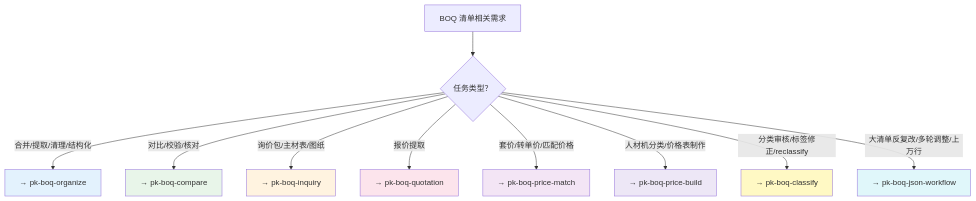
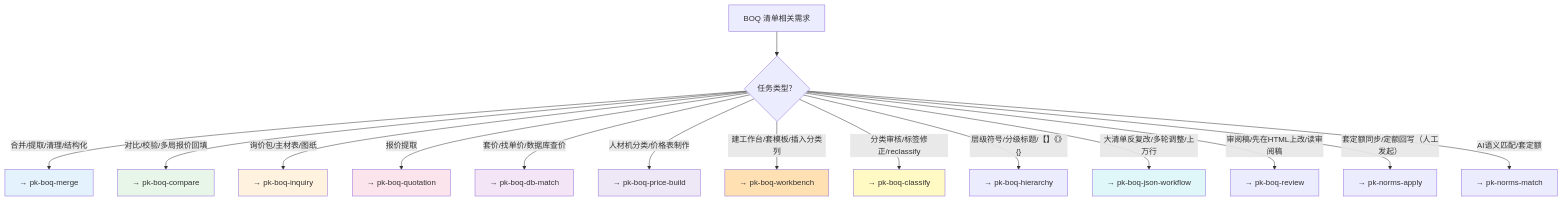
The diagram in claude/skills/pk-boq/SKILL.md (pengkang135/CCBOQ), drawn with Mermaid before and after one commit. The commit also changed other lines of this file and 326 other files, not shown here.

````diff
--- a/claude/skills/pk-boq/SKILL.md
+++ b/claude/skills/pk-boq/SKILL.md
@@ -27,22 +33,28 @@
 ```mermaid
 flowchart TD
     START["BOQ 清单相关需求"] --> Q1{"任务类型？"}
 
-    Q1 -->|"合并/提取/清理/结构化"| ORGANIZE["→ pk-boq-organize"]
-    Q1 -->|"对比/校验/核对"| COMPARE["→ pk-boq-compare"]
+    Q1 -->|"合并/提取/清理/结构化"| MERGE["→ pk-boq-merge"]
+    Q1 -->|"对比/校验/多局报价回填"| COMPARE["→ pk-boq-compare"]
     Q1 -->|"询价包/主材表/图纸"| INQUIRY["→ pk-boq-inquiry"]
     Q1 -->|"报价提取"| QUOTATION["→ pk-boq-quotation"]
-    Q1 -->|"套价/转单价/匹配价格"| PRICE_MATCH["→ pk-boq-price-match"]
+    Q1 -->|"套价/找单价/数据库查价"| DB_MATCH["→ pk-boq-db-match"]
     Q1 -->|"人材机分类/价格表制作"| PRICE_BUILD["→ pk-boq-price-build"]
+    Q1 -->|"建工作台/套模板/插入分类列"| WORKBENCH["→ pk-boq-workbench"]
     Q1 -->|"分类审核/标签修正/reclassify"| CLASSIFY["→ pk-boq-classify"]
+    Q1 -->|"层级符号/分级标题/【】《》{}"| HIERARCHY["→ pk-boq-hierarchy"]
     Q1 -->|"大清单反复改/多轮调整/上万行"| JSONWF["→ pk-boq-json-workflow"]
+    Q1 -->|"审阅稿/先在HTML上改/读审阅稿"| REVIEW["→ pk-boq-review"]
+    Q1 -->|"套定额同步/定额回写（人工发起）"| NORMS_APPLY["→ pk-norms-apply"]
+    Q1 -->|"AI语义匹配/套定额"| NORMS_MATCH["→ pk-norms-match"]
 
-    style ORGANIZE fill:#e3f2fd
+    style MERGE fill:#e3f2fd
     style COMPARE fill:#e8f5e9
     style INQUIRY fill:#fff3e0
     style QUOTATION fill:#fce4ec
-    style PRICE_MATCH fill:#f3e5f5
+    style DB_MATCH fill:#f3e5f5
     style PRICE_BUILD fill:#ede7f6
+    style WORKBENCH fill:#ffe0b2
     style CLASSIFY fill:#fff9c4
     style JSONWF fill:#e0f7fa
 ```
````
